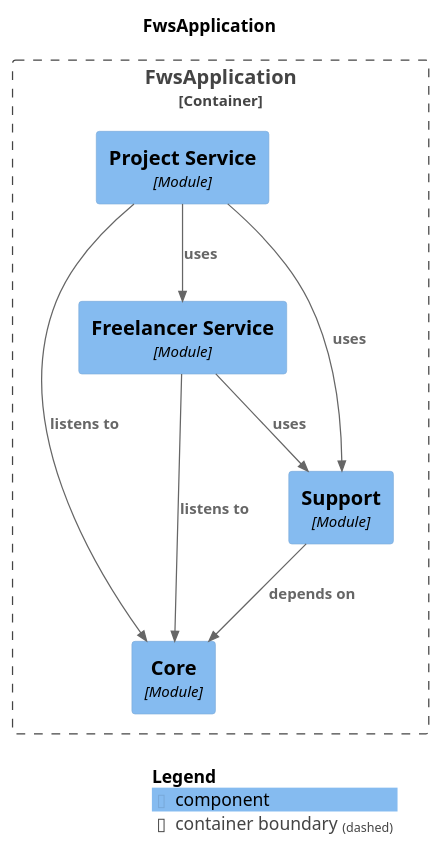
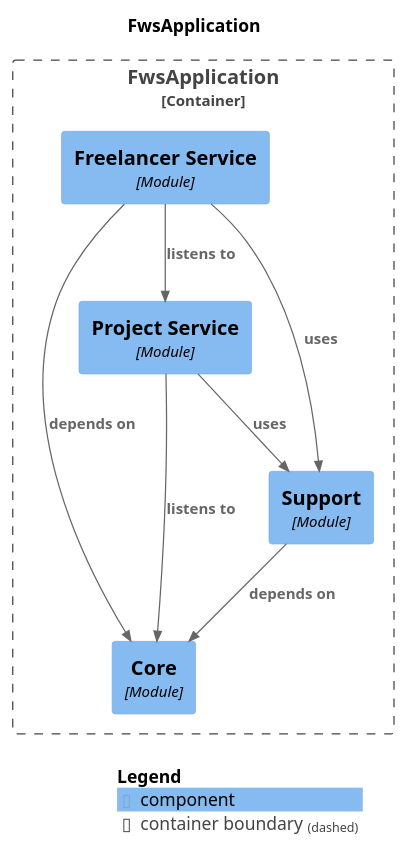
Before and after one commit to krloxz/fws-application: the diagram in docs/modules/components.puml, drawn with PlantUML. The commit also changed 17 other files, not shown here.

Commit message:
Move FreelancerJoinedProject back to project's domain

```diff
--- a/docs/modules/components.puml
+++ b/docs/modules/components.puml
@@ -1,26 +1,26 @@
 @startuml
 set separator none
 title FwsApplication
 
 top to bottom direction
 
 !include <C4/C4>
 !include <C4/C4_Context>
 !include <C4/C4_Component>
 
 Container_Boundary("FwsApplication.FwsApplication_boundary", "FwsApplication", $tags="") {
   Component(FwsApplication.FwsApplication.Core, "Core", $techn="Module", $descr="", $tags="", $link="")
   Component(FwsApplication.FwsApplication.ProjectService, "Project Service", $techn="Module", $descr="", $tags="", $link="")
   Component(FwsApplication.FwsApplication.FreelancerService, "Freelancer Service", $techn="Module", $descr="", $tags="", $link="")
   Component(FwsApplication.FwsApplication.Support, "Support", $techn="Module", $descr="", $tags="", $link="")
 }
 
-Rel(FwsApplication.FwsApplication.ProjectService, FwsApplication.FwsApplication.Support, "uses", $techn="", $tags="", $link="")
-Rel(FwsApplication.FwsApplication.ProjectService, FwsApplication.FwsApplication.FreelancerService, "uses", $techn="", $tags="", $link="")
-Rel(FwsApplication.FwsApplication.FreelancerService, FwsApplication.FwsApplication.Core, "listens to", $techn="", $tags="", $link="")
 Rel(FwsApplication.FwsApplication.FreelancerService, FwsApplication.FwsApplication.Support, "uses", $techn="", $tags="", $link="")
 Rel(FwsApplication.FwsApplication.Support, FwsApplication.FwsApplication.Core, "depends on", $techn="", $tags="", $link="")
 Rel(FwsApplication.FwsApplication.ProjectService, FwsApplication.FwsApplication.Core, "listens to", $techn="", $tags="", $link="")
+Rel(FwsApplication.FwsApplication.ProjectService, FwsApplication.FwsApplication.Support, "uses", $techn="", $tags="", $link="")
+Rel(FwsApplication.FwsApplication.FreelancerService, FwsApplication.FwsApplication.ProjectService, "listens to", $techn="", $tags="", $link="")
+Rel(FwsApplication.FwsApplication.FreelancerService, FwsApplication.FwsApplication.Core, "depends on", $techn="", $tags="", $link="")
 
 SHOW_LEGEND(true)
 @enduml
```
